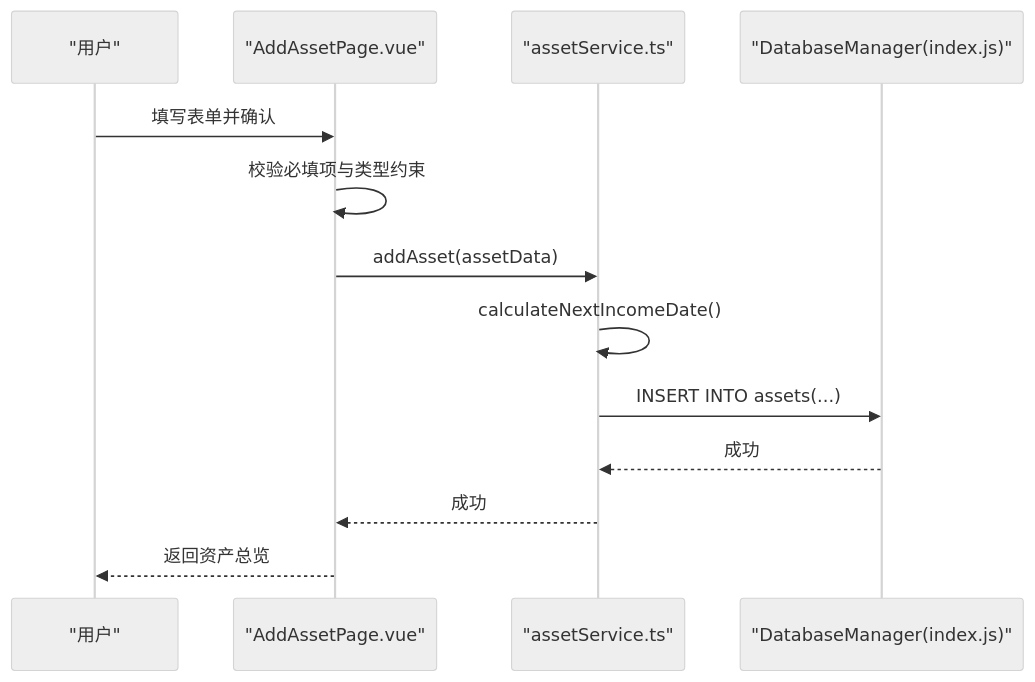
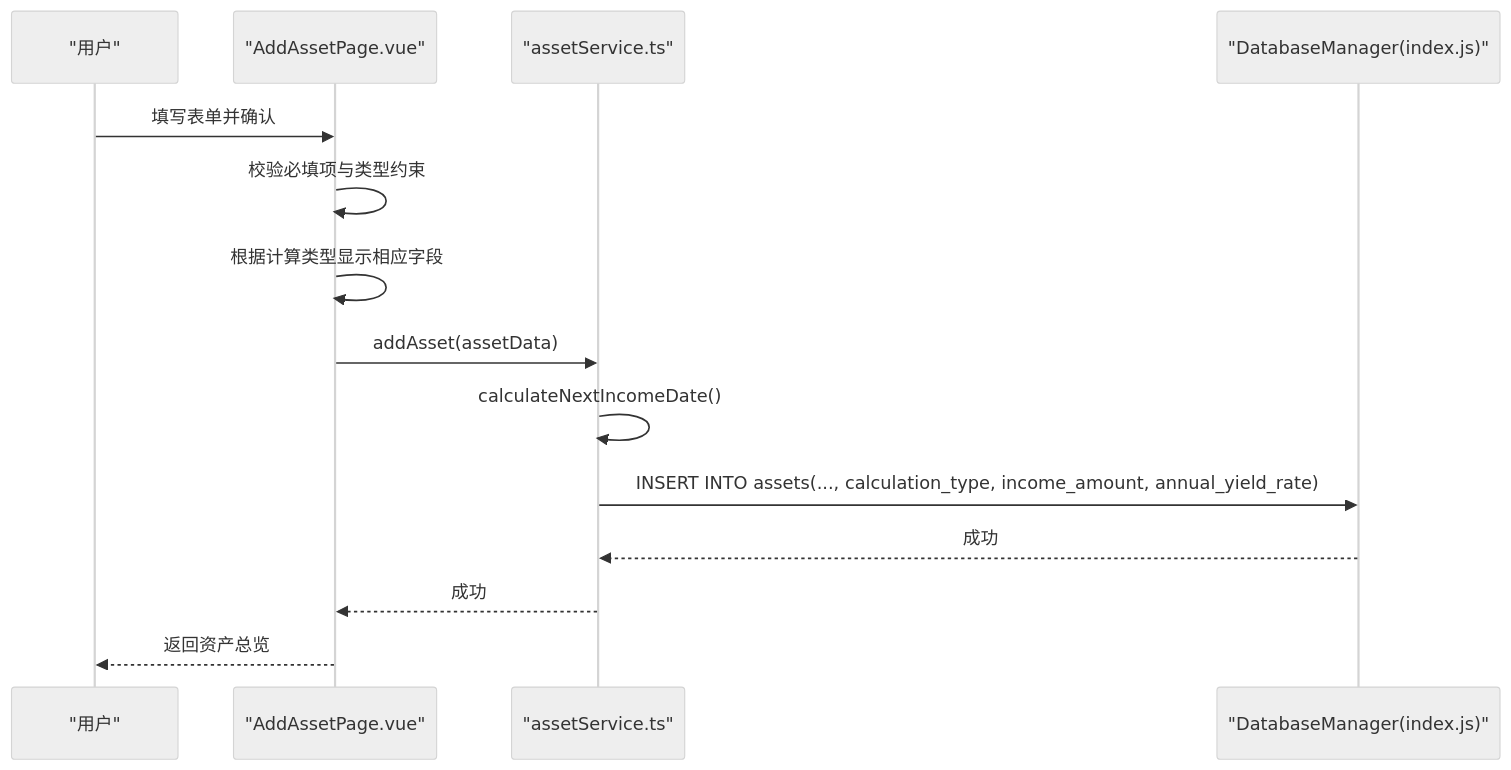
Before and after one commit to xiao-lin-unit/yuan: the fourth of 12 diagrams in .qoder/repowiki/zh/content/资产管理/资产管理.md, drawn with Mermaid (neutral theme). The commit also changed other lines of this file and 14 other files, not shown here.

````diff
--- a/.qoder/repowiki/zh/content/资产管理/资产管理.md
+++ b/.qoder/repowiki/zh/content/资产管理/资产管理.md
@@ -240,15 +253,16 @@
 ```mermaid
 sequenceDiagram
 participant U as "用户"
 participant AAS as "AddAssetPage.vue"
 participant AS as "assetService.ts"
 participant DB as "DatabaseManager(index.js)"
 U->>AAS : 填写表单并确认
 AAS->>AAS : 校验必填项与类型约束
+AAS->>AAS : 根据计算类型显示相应字段
 AAS->>AS : addAsset(assetData)
 AS->>AS : calculateNextIncomeDate()
-AS->>DB : INSERT INTO assets(...)
+AS->>DB : INSERT INTO assets(..., calculation_type, income_amount, annual_yield_rate)
 DB-->>AS : 成功
 AS-->>AAS : 成功
 AAS-->>U : 返回资产总览
 ```
````
